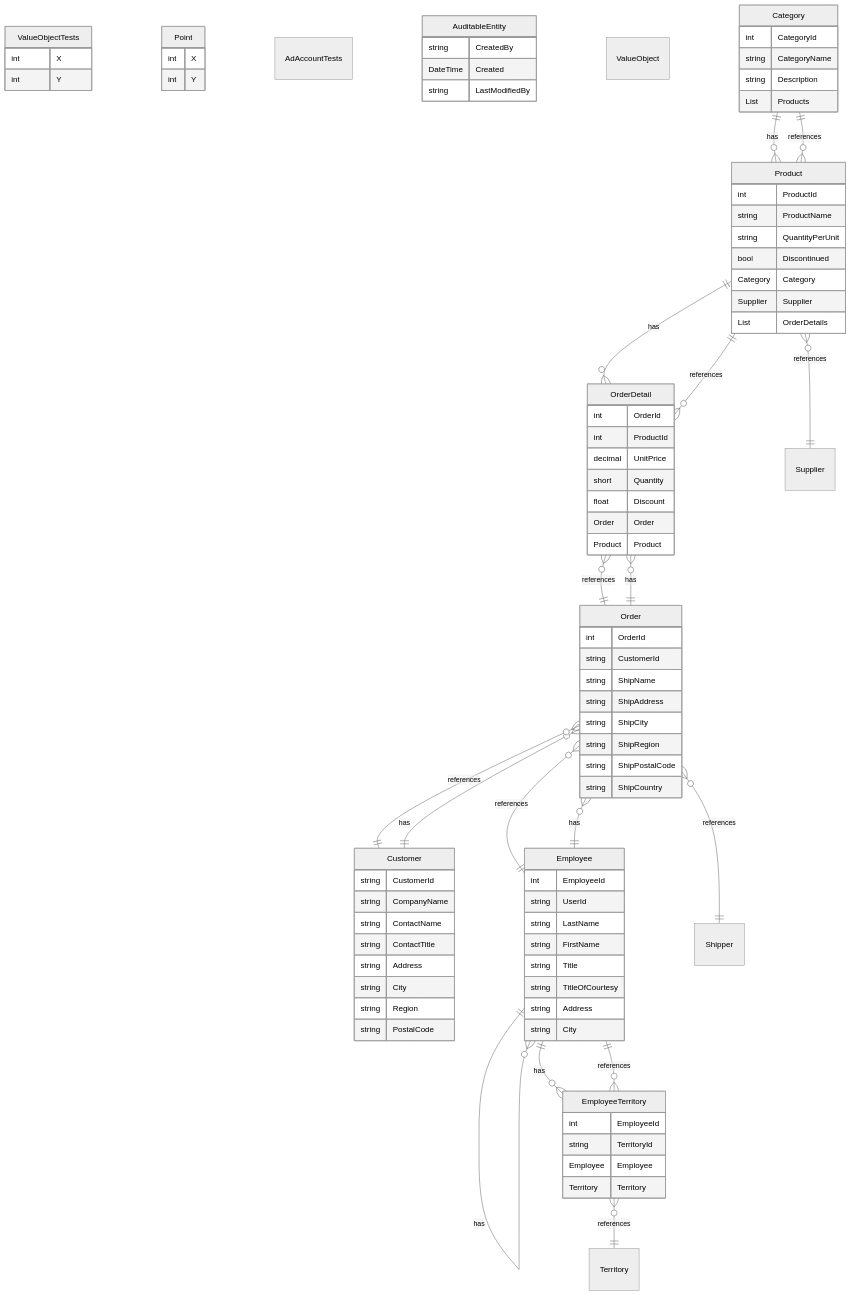
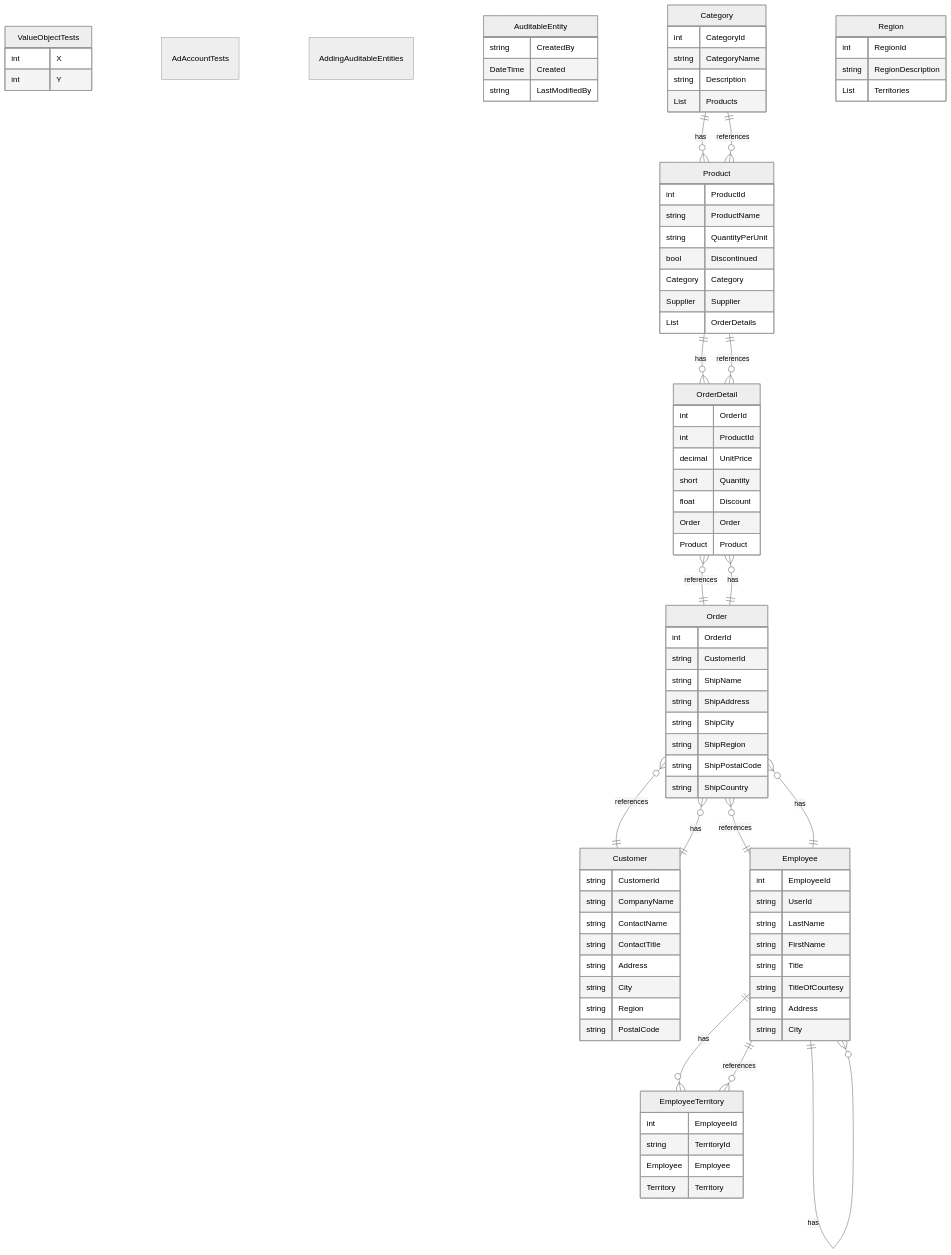
One commit to dbrijesh/uptime changed the second of 5 diagrams in testmapper.md. Above: the diagram before and after it, drawn with Mermaid (neutral theme). The commit also changed other lines of this file, not shown here.

````diff
--- a/testmapper.md
+++ b/testmapper.md
@@ -161,18 +202,14 @@
         int X
         int Y
     }
-    Point {
-        int X
-        int Y
+    AdAccountTests {
     }
-    AdAccountTests {
+    AddingAuditableEntities {
     }
     AuditableEntity {
         string CreatedBy
         DateTime Created
         string LastModifiedBy
-    }
-    ValueObject {
     }
     Category {
         int CategoryId
@@ -234,6 +271,11 @@
         Supplier Supplier
         List OrderDetails
     }
+    Region {
+        int RegionId
+        string RegionDescription
+        List Territories
+    }
 
     Category ||--o{ Product : has
     Customer ||--o{ Order : has
@@ -242,14 +284,11 @@
     Employee ||--o{ Employee : has
     Employee ||--o{ Order : has
     EmployeeTerritory }o--|| Employee : references
-    EmployeeTerritory }o--|| Territory : references
     Order }o--|| Customer : references
     Order }o--|| Employee : references
-    Order }o--|| Shipper : references
     Order ||--o{ OrderDetail : has
     OrderDetail }o--|| Order : references
     OrderDetail }o--|| Product : references
     Product }o--|| Category : references
-    Product }o--|| Supplier : references
     Product ||--o{ OrderDetail : has
 ```
````
